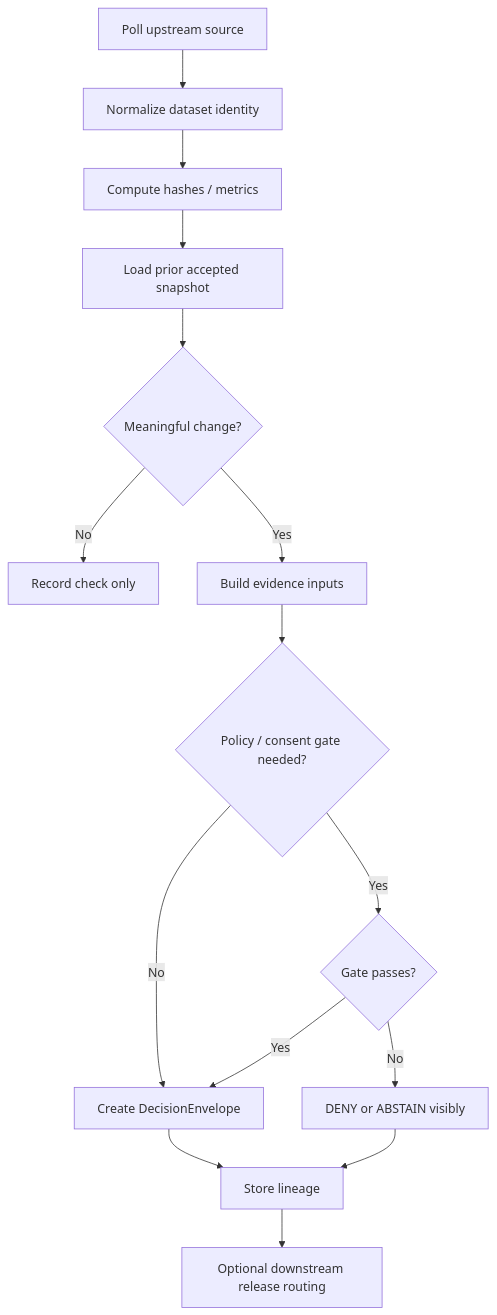
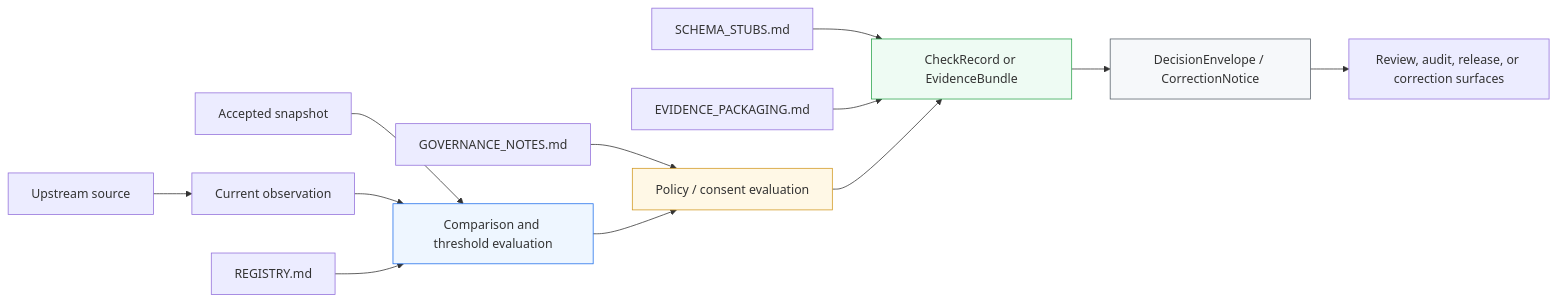
Before and after one commit to bartytime4life/Kansas-Frontier-Matrix: the diagram in docs/operations/emit-only-watchers/README.md, drawn with Mermaid. The commit also changed other lines of this file, not shown here.

````diff
--- a/docs/operations/emit-only-watchers/README.md
+++ b/docs/operations/emit-only-watchers/README.md
@@ -157,17 +208,19 @@
 ```mermaid
-flowchart TD
-    A[Poll upstream source] --> B[Normalize dataset identity]
-    B --> C[Compute hashes / metrics]
-    C --> D[Load prior accepted snapshot]
-    D --> E{Meaningful change?}
-    E -- No --> F[Record check only]
-    E -- Yes --> G[Build evidence inputs]
-    G --> H{Policy / consent gate needed?}
-    H -- No --> I[Create DecisionEnvelope]
-    H -- Yes --> J{Gate passes?}
-    J -- No --> K[DENY or ABSTAIN visibly]
-    J -- Yes --> I
-    I --> L[Store lineage]
-    K --> L
-    L --> M[Optional downstream release routing]
+flowchart LR
+    A[Upstream source] --> B[Current observation]
+    C[Accepted snapshot] --> D[Comparison and threshold evaluation]
+    B --> D
+    H[REGISTRY.md] --> D
+    I[GOVERNANCE_NOTES.md] --> E[Policy / consent evaluation]
+    J[SCHEMA_STUBS.md] --> F[CheckRecord or EvidenceBundle]
+    K[EVIDENCE_PACKAGING.md] --> F
+    D --> E
+    E --> F
+    F --> G[DecisionEnvelope / CorrectionNotice]
+    G --> L[Review, audit, release, or correction surfaces]
+
+    style D fill:#eef6ff,stroke:#1f6feb
+    style E fill:#fff8e6,stroke:#d29922
+    style F fill:#eefbf3,stroke:#2da44e
+    style G fill:#f6f8fa,stroke:#57606a
 ```
````
